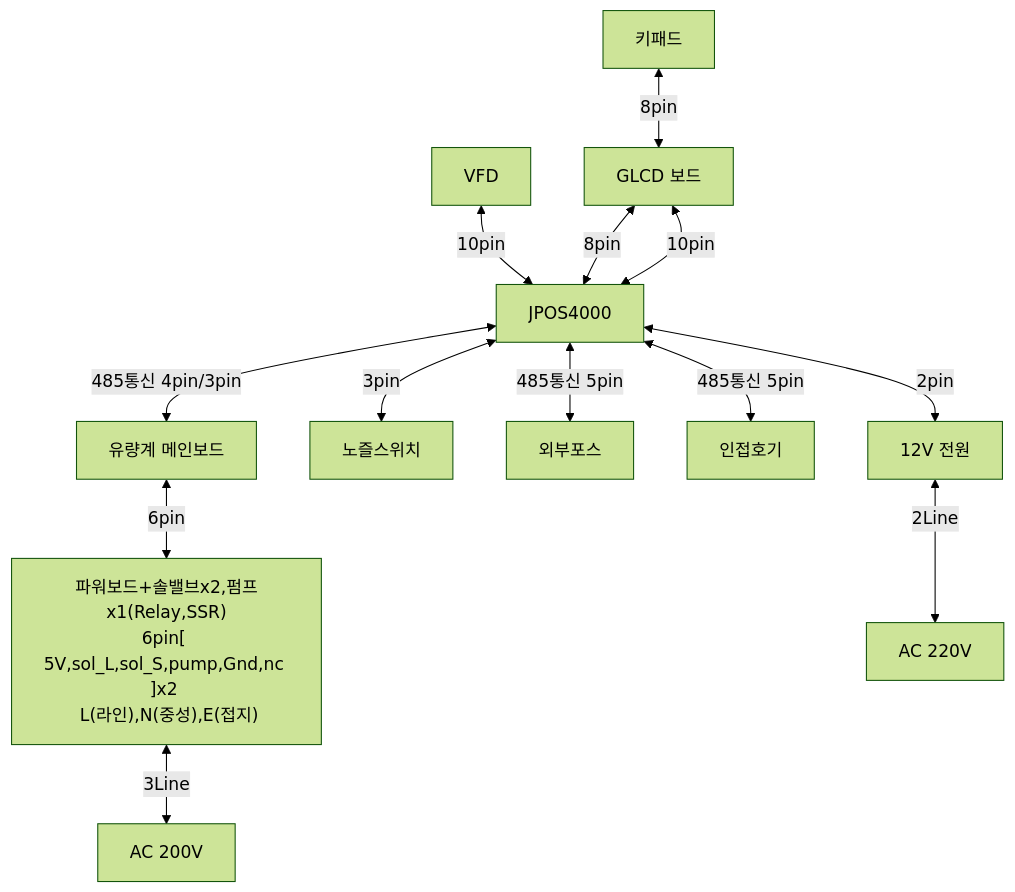
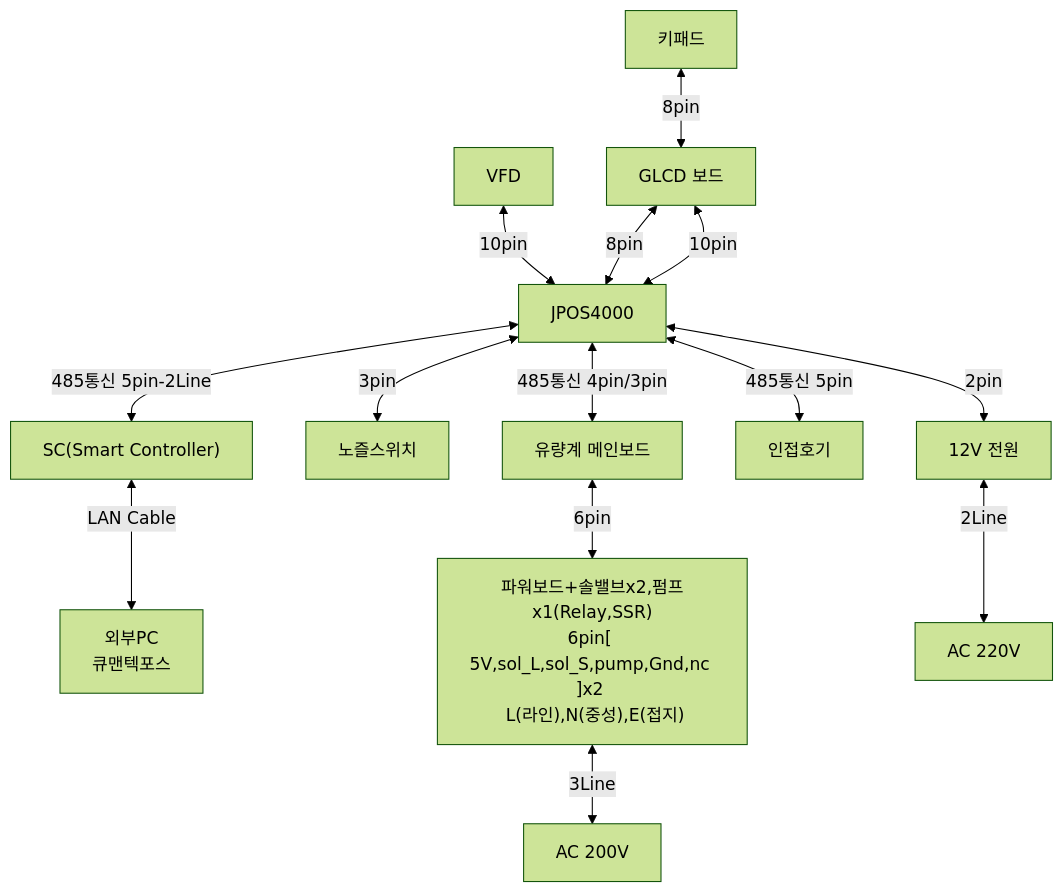
Before and after one commit to iamwjlee/iamwjlee.github.io: the diagram in Jpos4000.md, drawn with Mermaid (forest theme). The commit also changed 2 other files, not shown here.

````diff
--- a/Jpos4000.md
+++ b/Jpos4000.md
@@ -18,16 +18,17 @@
 ```mermaid
 graph TB;
     A0["VFD"] <--> |10pin| C["GLCD 보드"]
     A1["키패드"] <--> |8pin| B["GLCD 보드"]
     B <--> |8pin| C["JPOS4000"]
     B <--> |10pin| C["JPOS4000"]
     C <--> |485통신 4pin/3pin| D["유량계 메인보드"]
     C <--> |3pin| E["노즐스위치"]
-    C <--> |485통신 5pin| F["외부포스"]
+    C <--> |485통신 5pin-2Line | F["SC(Smart Controller)"]
     C <--> |485통신 5pin| G["인접호기"]
     C <--> |2pin| H["12V 전원"]
+    F <--> |LAN Cable|F2["외부PC<br/>큐맨텍포스"]
     D <--> |6pin| I["파워보드+솔밸브x2,펌프x1(Relay,SSR)<br/>6pin[ 5V,sol_L,sol_S,pump,Gnd,nc ]x2 <br/> L(라인),N(중성),E(접지)"]
     I <--> |3Line| J["AC 200V"]
     H <--> |2Line| K["AC 220V"]
 
 ```
````
